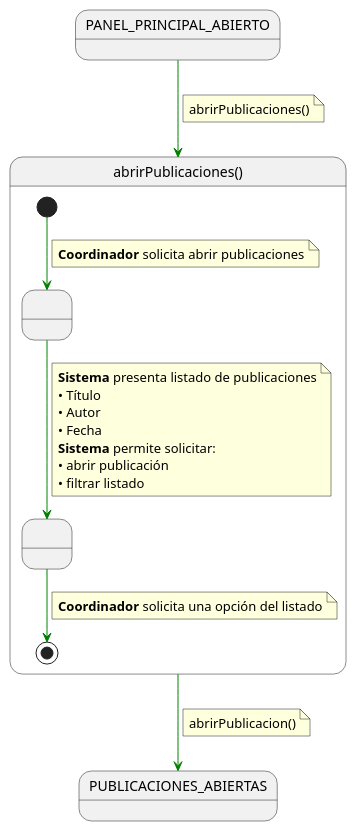
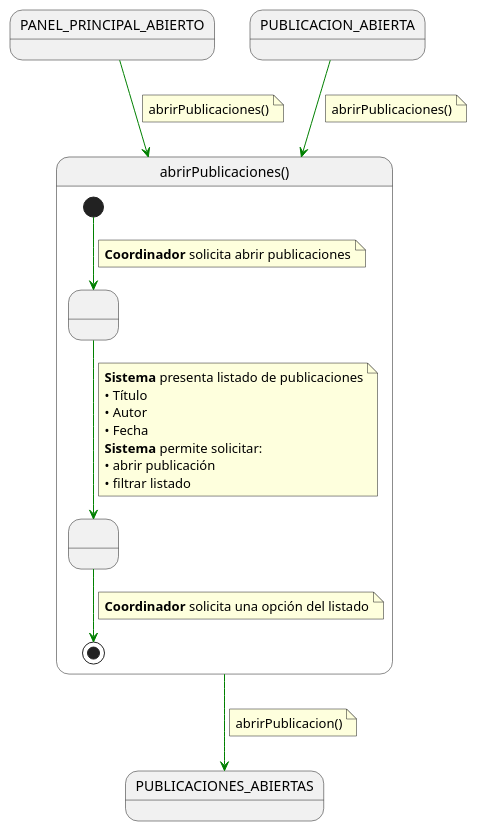
One commit to 31Diego/25-26-IdSw1-SdR changed the diagram in documentación/CasosDeUso/Detalle/Coordinador/07-publicaciones/abrirPublicaciones.puml. Above: the diagram before and after it, drawn with PlantUML. The commit also changed 18 other files, not shown here.

```diff
--- a/documentación/CasosDeUso/Detalle/Coordinador/07-publicaciones/abrirPublicaciones.puml
+++ b/documentación/CasosDeUso/Detalle/Coordinador/07-publicaciones/abrirPublicaciones.puml
@@ -1,44 +1,50 @@
 @startuml abrirPublicaciones
 
 skinparam linetype polyline
 
 state in2 as "PANEL_PRINCIPAL_ABIERTO"
 in2 -[#green]-> abrirPublicaciones
+note on link
+abrirPublicaciones()
+end note
+
+state in1 as "PUBLICACION_ABIERTA"
+in1 -[#green]-> abrirPublicaciones
 note on link
 abrirPublicaciones()
 end note
 
 state abrirPublicaciones as "abrirPublicaciones()" {
 
     state " " as MostrandoListado
     state " " as FiltrandoListado
 
     [*] -[#green]-> MostrandoListado
     note on link
     <b>Coordinador</b> solicita abrir publicaciones
     end note
 
     MostrandoListado -[#green]-> FiltrandoListado
     note on link
     <b>Sistema</b> presenta listado de publicaciones
     • Título
     • Autor
     • Fecha
     <b>Sistema</b> permite solicitar:
     • abrir publicación
     • filtrar listado
     end note
 
     FiltrandoListado -[#green]-> [*]
     note on link
     <b>Coordinador</b> solicita una opción del listado
     end note
 }
 
 
 abrirPublicaciones -[#green]-> PUBLICACIONES_ABIERTAS
 note on link
 abrirPublicacion()
 end note
 
 @enduml
```
